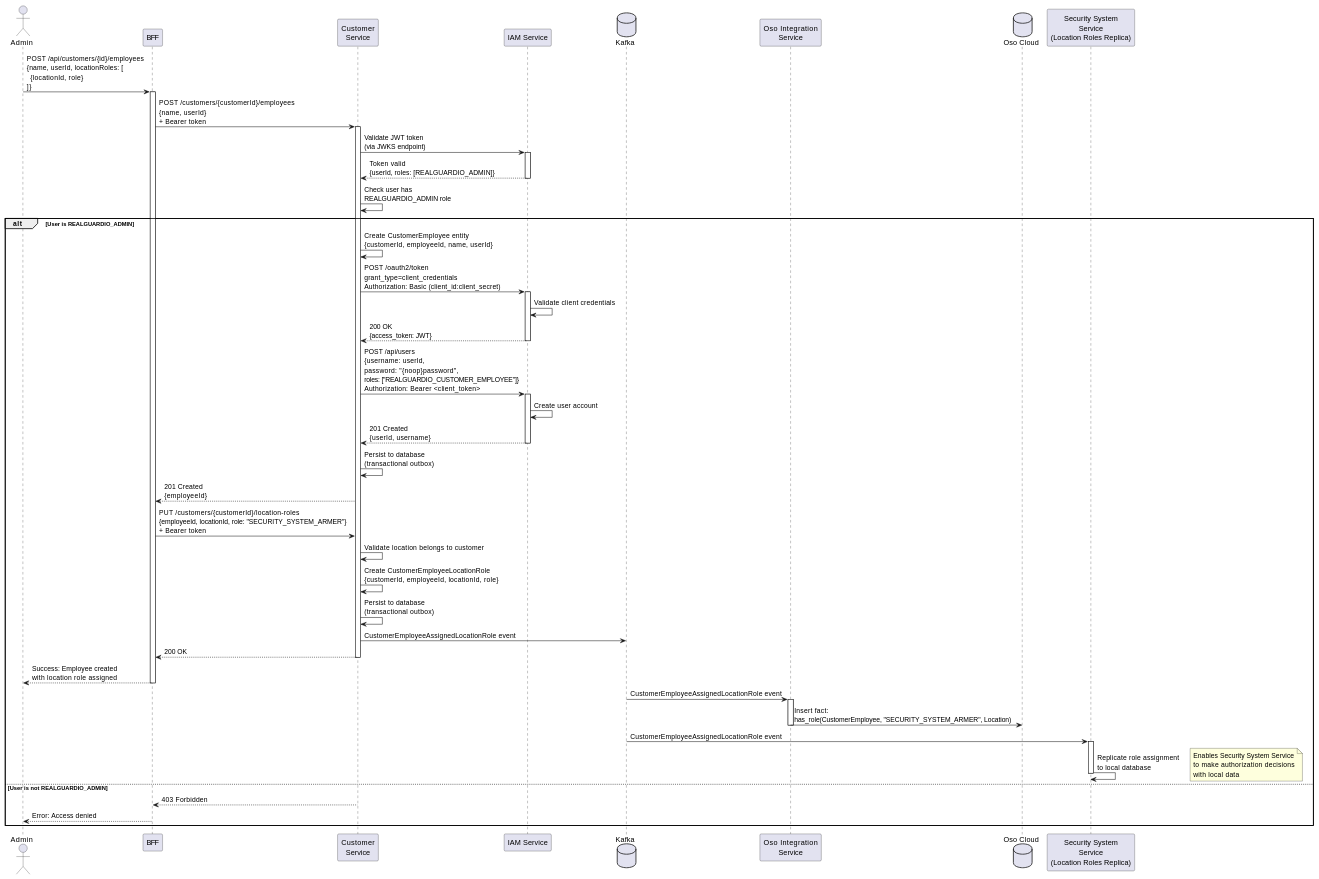
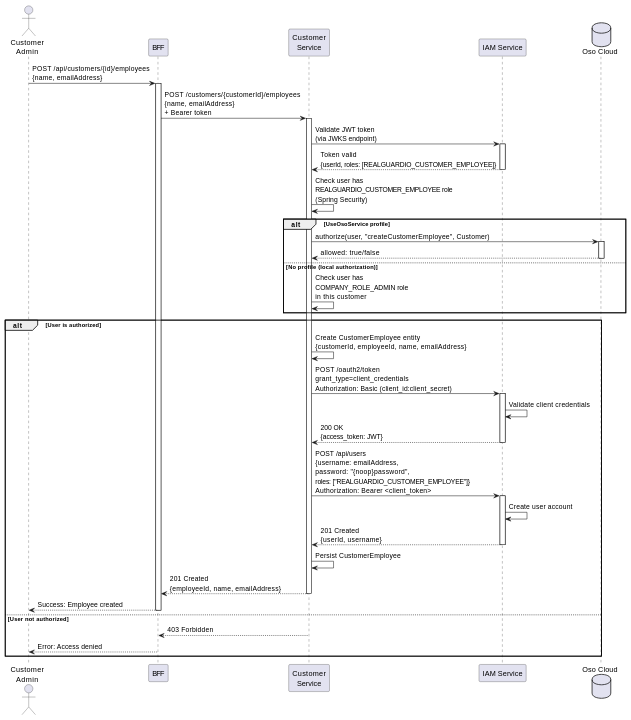
The diagram in docs/architecture/scenarios/create-customer-employee.adoc (eventuate-examples/eventuate-examples-realguardio), drawn with PlantUML before and after one commit. The commit also changed other lines of this file and 12 other files, not shown here.

```diff
--- a/docs/architecture/scenarios/create-customer-employee.adoc
+++ b/docs/architecture/scenarios/create-customer-employee.adoc
@@ -9,82 +34,64 @@
 [plantuml]
 ....
 @startuml
-actor "Admin" as Admin
+actor "Customer\nAdmin" as Admin
 participant "BFF" as BFF
 participant "Customer\nService" as Customer
 participant "IAM Service" as IAM
-database "Kafka" as Kafka
-participant "Oso Integration\nService" as Oso
 database "Oso Cloud" as OsoCloud
-participant "Security System\nService\n(Location Roles Replica)" as Replica
 
-Admin -> BFF: POST /api/customers/{id}/employees\n{name, userId, locationRoles: [\n  {locationId, role}\n]}
+Admin -> BFF: POST /api/customers/{id}/employees\n{name, emailAddress}
 activate BFF
 
-BFF -> Customer: POST /customers/{customerId}/employees\n{name, userId}\n+ Bearer token
+BFF -> Customer: POST /customers/{customerId}/employees\n{name, emailAddress}\n+ Bearer token
 activate Customer
 
 Customer -> IAM: Validate JWT token\n(via JWKS endpoint)
 activate IAM
-IAM --> Customer: Token valid\n{userId, roles: [REALGUARDIO_ADMIN]}
+IAM --> Customer: Token valid\n{userId, roles: [REALGUARDIO_CUSTOMER_EMPLOYEE]}
 deactivate IAM
 
-Customer -> Customer: Check user has\nREALGUARDIO_ADMIN role
+Customer -> Customer: Check user has\nREALGUARDIO_CUSTOMER_EMPLOYEE role\n(Spring Security)
 
-alt User is REALGUARDIO_ADMIN
-    Customer -> Customer: Create CustomerEmployee entity\n{customerId, employeeId, name, userId}
+alt UseOsoService profile
+    Customer -> OsoCloud: authorize(user, "createCustomerEmployee", Customer)
+    activate OsoCloud
+    OsoCloud --> Customer: allowed: true/false
+    deactivate OsoCloud
+else No profile (local authorization)
+    Customer -> Customer: Check user has\nCOMPANY_ROLE_ADMIN role\nin this customer
+end
+
+alt User is authorized
+    Customer -> Customer: Create CustomerEmployee entity\n{customerId, employeeId, name, emailAddress}
 
     ' User account creation in IAM Service
     Customer -> IAM: POST /oauth2/token\ngrant_type=client_credentials\nAuthorization: Basic (client_id:client_secret)
     activate IAM
     IAM -> IAM: Validate client credentials
     IAM --> Customer: 200 OK\n{access_token: JWT}
     deactivate IAM
 
-    Customer -> IAM: POST /api/users\n{username: userId,\npassword: "{noop}password",\nroles: ["REALGUARDIO_CUSTOMER_EMPLOYEE"]}\nAuthorization: Bearer <client_token>
+    Customer -> IAM: POST /api/users\n{username: emailAddress,\npassword: "{noop}password",\nroles: ["REALGUARDIO_CUSTOMER_EMPLOYEE"]}\nAuthorization: Bearer <client_token>
     activate IAM
     IAM -> IAM: Create user account
     IAM --> Customer: 201 Created\n{userId, username}
     deactivate IAM
 
-    Customer -> Customer: Persist to database\n(transactional outbox)
+    Customer -> Customer: Persist CustomerEmployee
 
-    Customer --> BFF: 201 Created\n{employeeId}
-
-    BFF -> Customer: PUT /customers/{customerId}/location-roles\n{employeeId, locationId, role: "SECURITY_SYSTEM_ARMER"}\n+ Bearer token
-
-    Customer -> Customer: Validate location belongs to customer
-
-    Customer -> Customer: Create CustomerEmployeeLocationRole\n{customerId, employeeId, locationId, role}
-
-    Customer -> Customer: Persist to database\n(transactional outbox)
-
-    Customer -> Kafka: CustomerEmployeeAssignedLocationRole event
-
-    Customer --> BFF: 200 OK
+    Customer --> BFF: 201 Created\n{employeeId, name, emailAddress}
     deactivate Customer
 
-    BFF --> Admin: Success: Employee created\nwith location role assigned
+    BFF --> Admin: Success: Employee created
     deactivate BFF
 
-    ' Event processing
-    Kafka -> Oso: CustomerEmployeeAssignedLocationRole event
-    activate Oso
-    Oso -> OsoCloud: Insert fact:\nhas_role(CustomerEmployee, "SECURITY_SYSTEM_ARMER", Location)
-    deactivate Oso
-
-    Kafka -> Replica: CustomerEmployeeAssignedLocationRole event
-    activate Replica
-    Replica -> Replica: Replicate role assignment\nto local database
-    note right: Enables Security System Service\nto make authorization decisions\nwith local data
-    deactivate Replica
-
-else User is not REALGUARDIO_ADMIN
+else User not authorized
     Customer --> BFF: 403 Forbidden
     deactivate Customer
     BFF --> Admin: Error: Access denied
     deactivate BFF
 end
 
 @enduml
 ....
```
